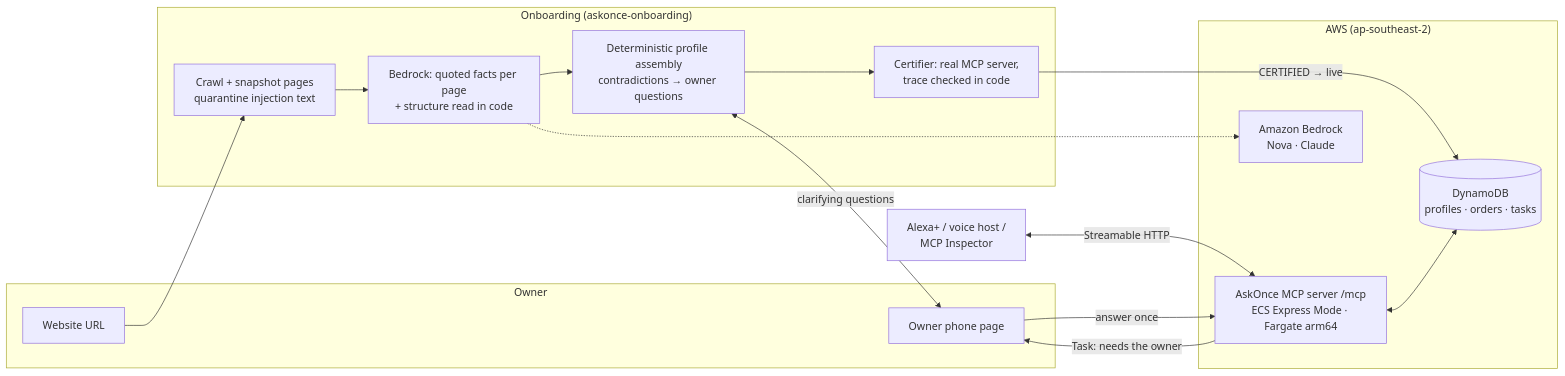
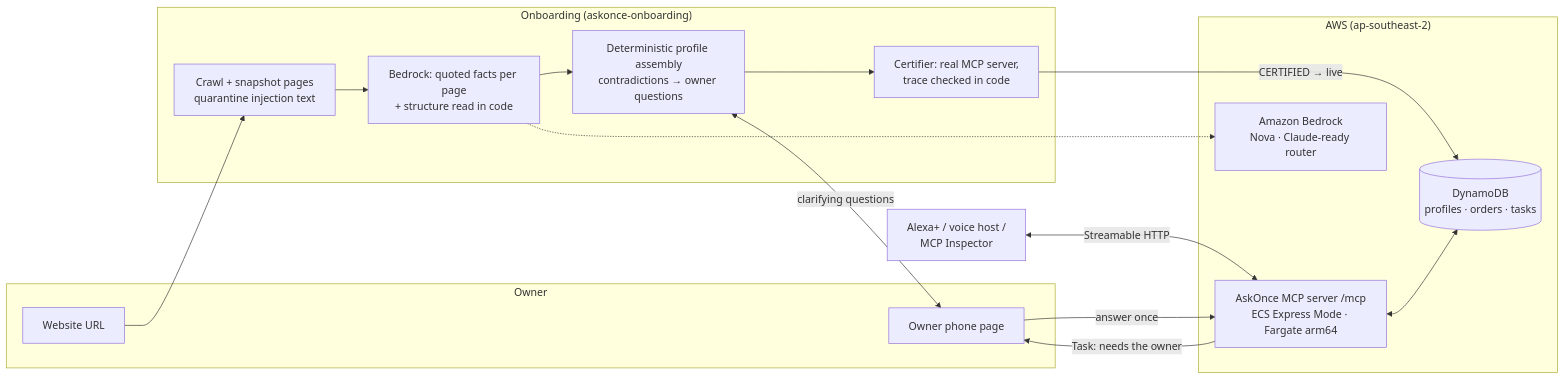
One commit to amithrh/shopfront changed the diagram in README.md. Above: the diagram before and after it, drawn with Mermaid. The commit also changed other lines of this file and 7 other files, not shown here.

````diff
--- a/README.md
+++ b/README.md
@@ -39,28 +40,28 @@
 ```mermaid
 flowchart LR
   subgraph Owner
     URL[Website URL]
     Phone[Owner phone page]
   end
   subgraph Onboarding["Onboarding (askonce-onboarding)"]
     Crawl[Crawl + snapshot pages<br/>quarantine injection text]
     Extract[Bedrock: quoted facts per page<br/>+ structure read in code]
     Assemble[Deterministic profile assembly<br/>contradictions → owner questions]
     Certify[Certifier: real MCP server,<br/>trace checked in code]
   end
   subgraph AWS["AWS (ap-southeast-2)"]
     MCP[AskOnce MCP server /mcp<br/>ECS Express Mode · Fargate arm64]
     DDB[(DynamoDB<br/>profiles · orders · tasks)]
-    BR[Amazon Bedrock<br/>Nova · Claude]
+    BR[Amazon Bedrock<br/>Nova · Claude-ready router]
   end
   Host[Alexa+ / voice host /<br/>MCP Inspector]
 
   URL --> Crawl --> Extract --> Assemble --> Certify
   Extract -.-> BR
   Assemble <-->|clarifying questions| Phone
   Certify -->|CERTIFIED → live| DDB
   Host <-->|Streamable HTTP| MCP
   MCP <--> DDB
   MCP -->|Task: needs the owner| Phone
   Phone -->|answer once| MCP
 ```
````
